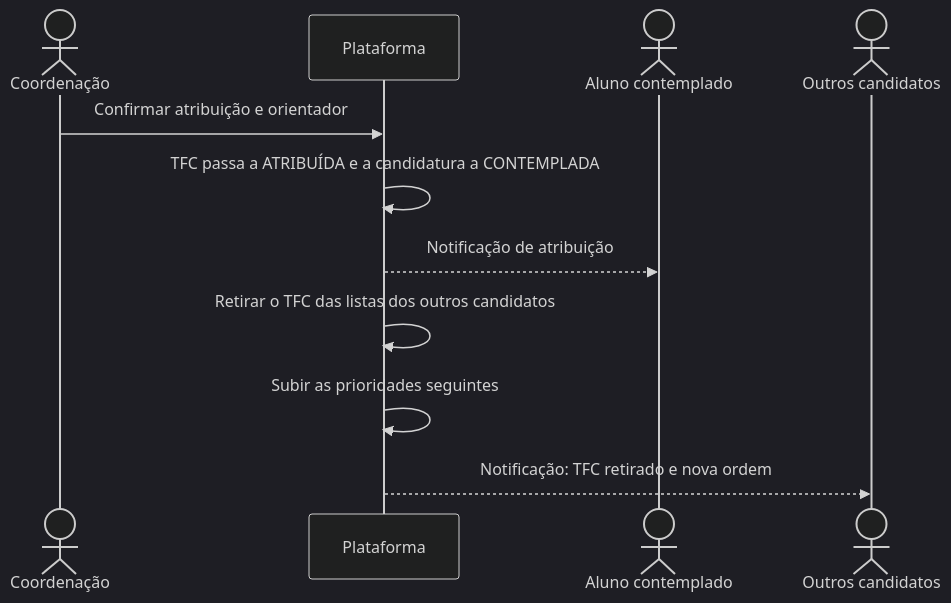
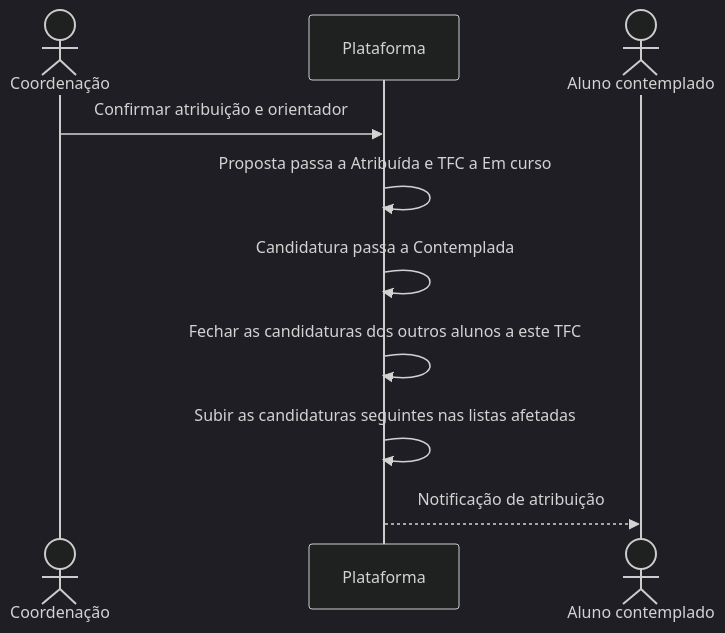
The fifth of 7 diagrams in processos.md (ULHT-TFC-new/tfc-reporting-DEISI2256), drawn with Mermaid (dark theme) before and after one commit. The commit also changed other lines of this file, not shown here.

````diff
--- a/processos.md
+++ b/processos.md
@@ -531,13 +440,12 @@
 ```mermaid
 sequenceDiagram
     actor Co as Coordenação
     participant P as Plataforma
     actor A as Aluno contemplado
-    actor O as Outros candidatos
     Co->>P: Confirmar atribuição e orientador
-    P->>P: TFC passa a ATRIBUÍDA e a candidatura a CONTEMPLADA
+    P->>P: Proposta passa a Atribuída e TFC a Em curso
+    P->>P: Candidatura passa a Contemplada
+    P->>P: Fechar as candidaturas dos outros alunos a este TFC
+    P->>P: Subir as candidaturas seguintes nas listas afetadas
     P-->>A: Notificação de atribuição
-    P->>P: Retirar o TFC das listas dos outros candidatos
-    P->>P: Subir as prioridades seguintes
-    P-->>O: Notificação: TFC retirado e nova ordem
 ```
````
